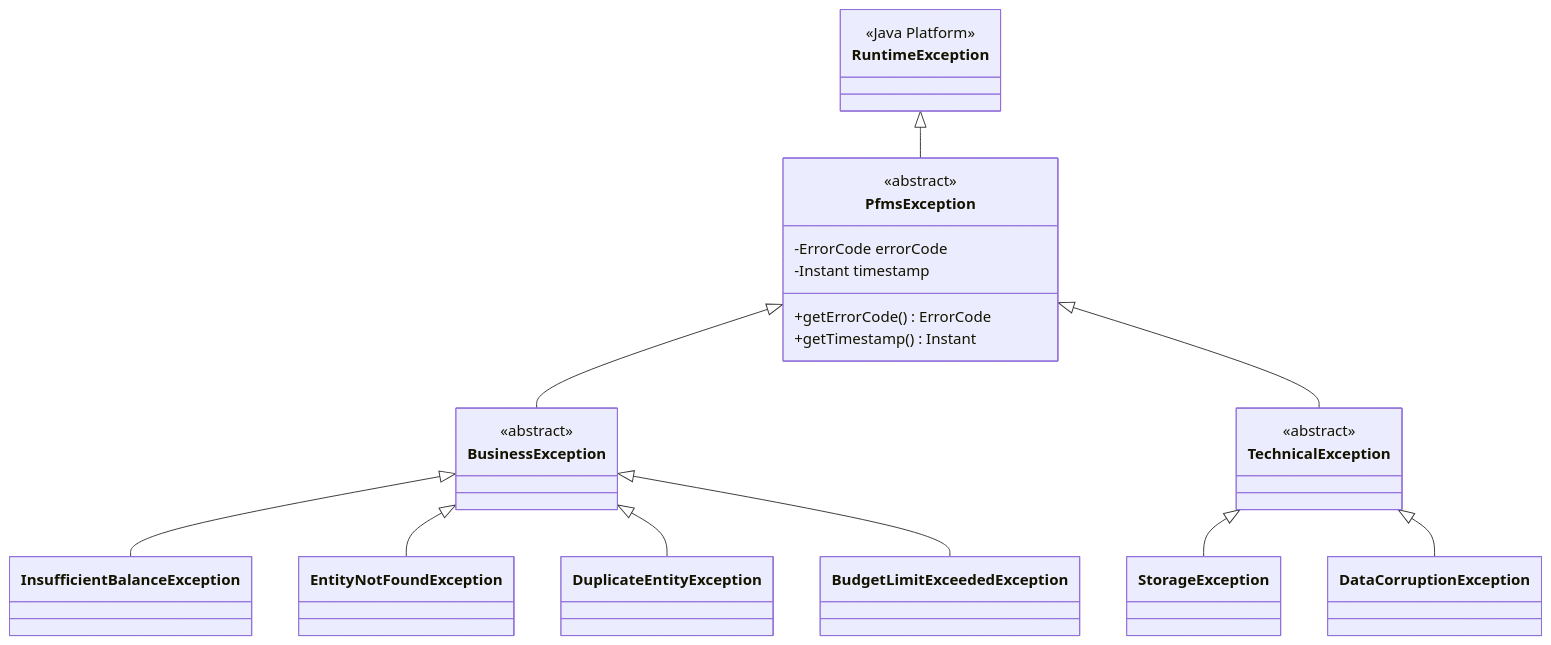
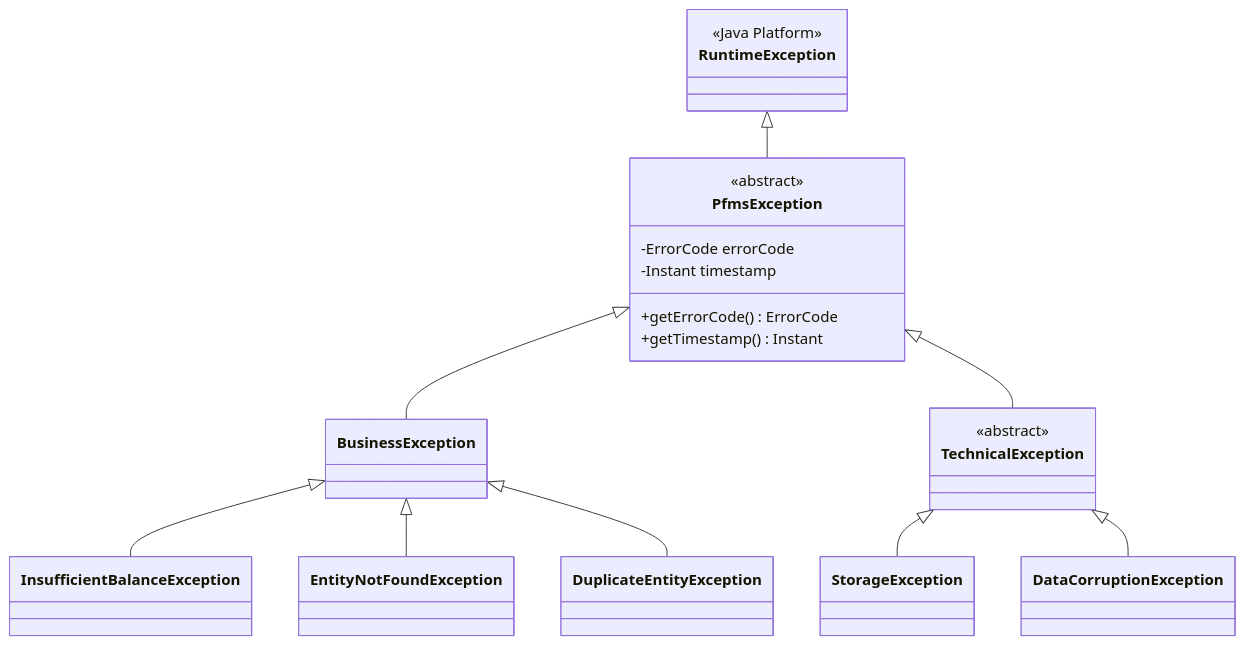
The diagram in docs/object-oriented-design/08-thiet-ke-xu-ly-ngoai-le-va-nhat-ky.md (mynhleeh/pfms-oop), drawn with Mermaid before and after one commit. The commit also changed other lines of this file, not shown here.

Commit message:
docs(ood): standardize BusinessException as concrete and align error codes

````diff
--- a/docs/object-oriented-design/08-thiet-ke-xu-ly-ngoai-le-va-nhat-ky.md
+++ b/docs/object-oriented-design/08-thiet-ke-xu-ly-ngoai-le-va-nhat-ky.md
@@ -47,42 +47,38 @@
 ```mermaid
 classDiagram
   class RuntimeException {
     <<Java Platform>>
   }
 
   class PfmsException {
     <<abstract>>
     -ErrorCode errorCode
     -Instant timestamp
     +getErrorCode() ErrorCode
     +getTimestamp() Instant
   }
 
-  class BusinessException {
-    <<abstract>>
-  }
+  class BusinessException
 
   class TechnicalException {
     <<abstract>>
   }
 
   class InsufficientBalanceException
   class EntityNotFoundException
   class DuplicateEntityException
-  class BudgetLimitExceededException
 
   class StorageException
   class DataCorruptionException
 
   RuntimeException <|-- PfmsException
   PfmsException <|-- BusinessException
   PfmsException <|-- TechnicalException
 
   BusinessException <|-- InsufficientBalanceException
   BusinessException <|-- EntityNotFoundException
   BusinessException <|-- DuplicateEntityException
-  BusinessException <|-- BudgetLimitExceededException
 
   TechnicalException <|-- StorageException
   TechnicalException <|-- DataCorruptionException
 ```
````
